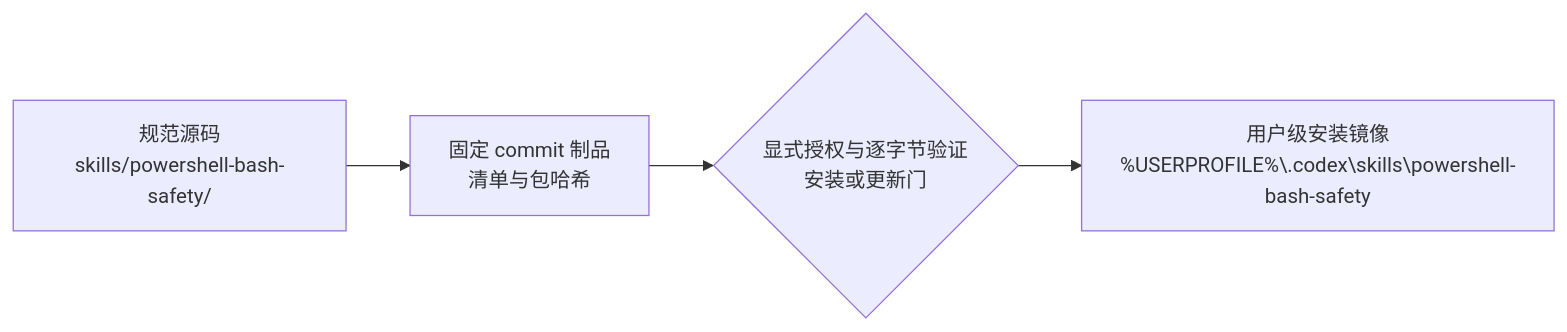
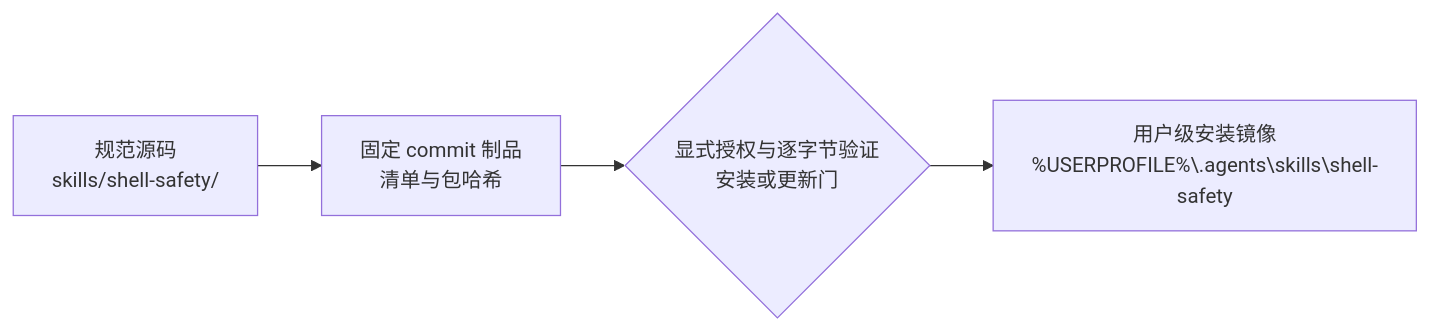
The diagram in DESIGN.md (Solismuchengxue/skill_shell_safety), drawn with Mermaid before and after one commit. The commit also changed other lines of this file and 19 other files, not shown here.

Commit message:
Rename skill package to shell-safety

````diff
--- a/DESIGN.md
+++ b/DESIGN.md
@@ -39,9 +40,9 @@
 ```mermaid
 flowchart LR
-    Source["规范源码<br/>skills/powershell-bash-safety/"]
+    Source["规范源码<br/>skills/shell-safety/"]
     Package["固定 commit 制品<br/>清单与包哈希"]
     Gate{"显式授权与逐字节验证<br/>安装或更新门"}
-    Mirror["用户级安装镜像<br/>%USERPROFILE%\.codex\skills\powershell-bash-safety"]
+    Mirror["用户级安装镜像<br/>%USERPROFILE%\.agents\skills\shell-safety"]
 
     Source --> Package --> Gate --> Mirror
 ```
````
